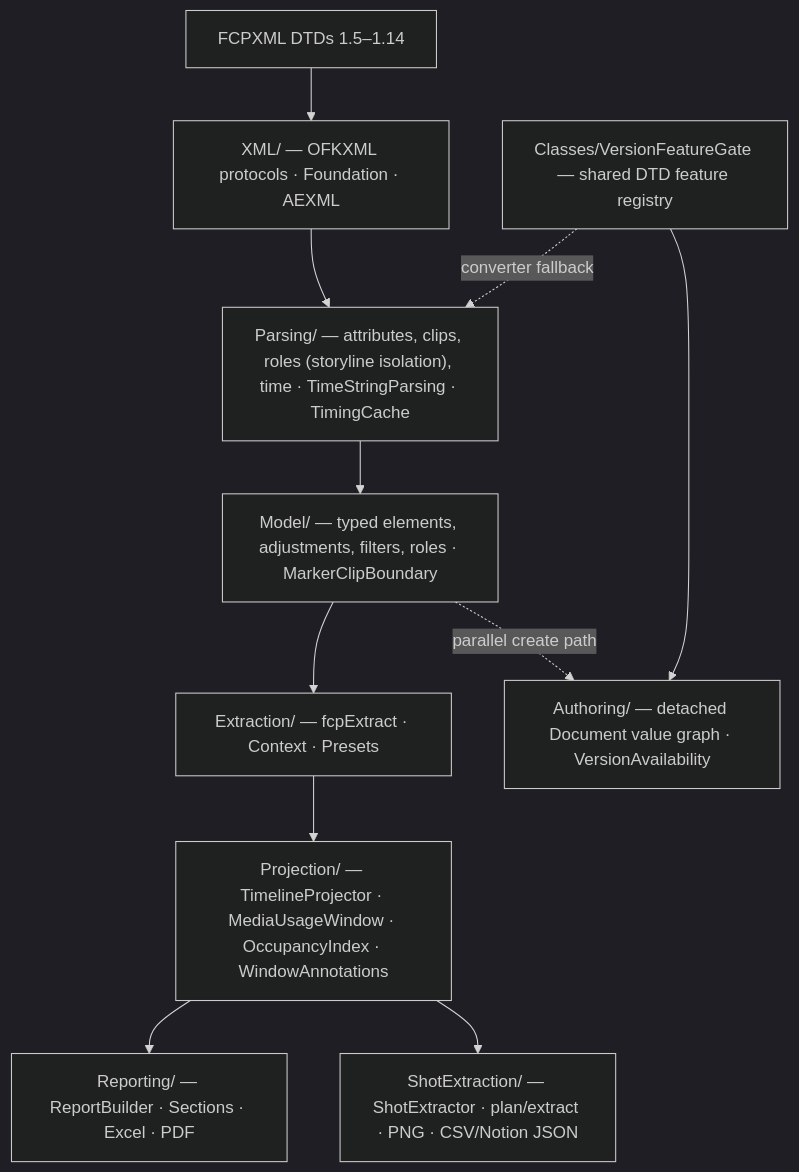
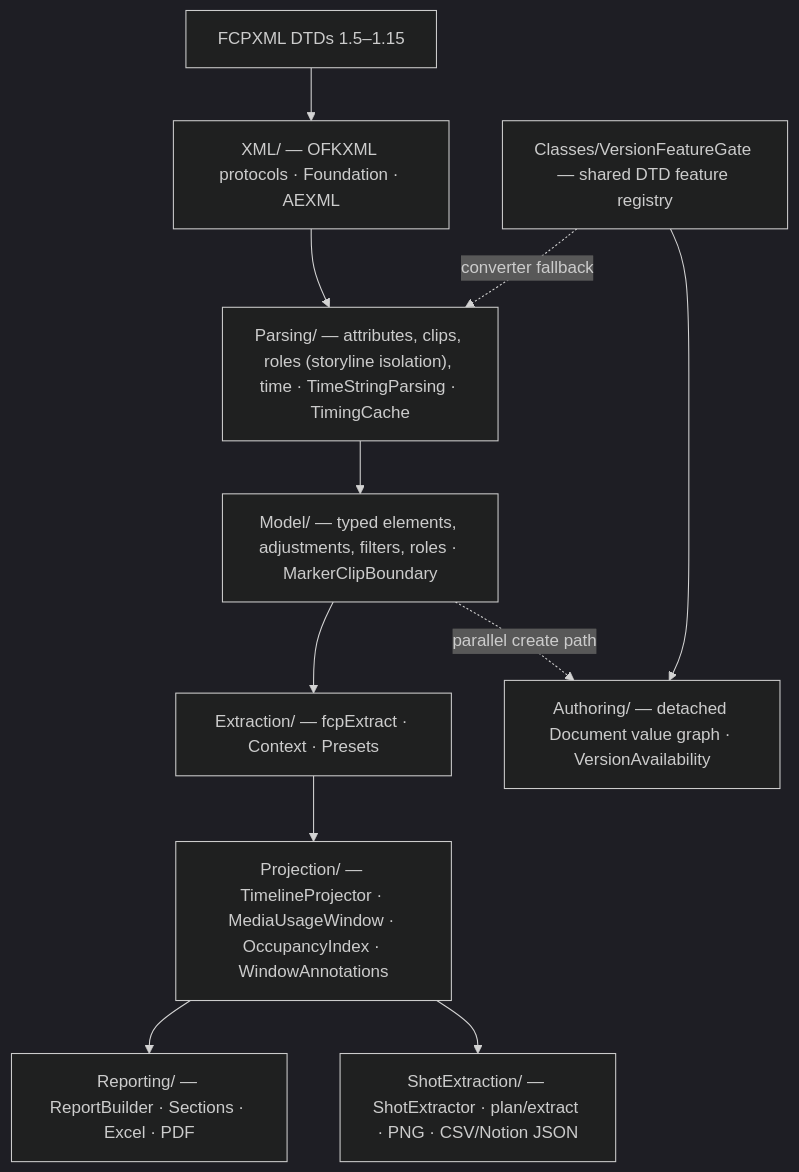
The third of 6 diagrams in ARCHITECTURE.md (TheAcharya/OpenFCPXMLKit), drawn with Mermaid (dark theme) before and after one commit. The commit also changed other lines of this file and 74 other files, not shown here.

````diff
--- a/ARCHITECTURE.md
+++ b/ARCHITECTURE.md
@@ -311,20 +311,20 @@
 ```mermaid
 flowchart TB
-    DTD["FCPXML DTDs 1.5–1.14"]
+    DTD["FCPXML DTDs 1.5–1.15"]
     XML["XML/ — OFKXML protocols · Foundation · AEXML"]
     PRS["Parsing/ — attributes, clips, roles (storyline isolation), time · TimeStringParsing · TimingCache"]
     MDL["Model/ — typed elements, adjustments, filters, roles · MarkerClipBoundary"]
     EXT["Extraction/ — fcpExtract · Context · Presets"]
     PRJ["Projection/ — TimelineProjector · MediaUsageWindow · OccupancyIndex · WindowAnnotations"]
     REP["Reporting/ — ReportBuilder · Sections · Excel · PDF"]
     SHOT["ShotExtraction/ — ShotExtractor · plan/extract · PNG · CSV/Notion JSON"]
 
     DTD --> XML --> PRS --> MDL --> EXT --> PRJ --> REP
     PRJ --> SHOT
 
     AUTH["Authoring/ — detached Document value graph · VersionAvailability"]
     GATE["Classes/VersionFeatureGate — shared DTD feature registry"]
     MDL -.->|"parallel create path"| AUTH
     GATE --> AUTH
     GATE -.->|"converter fallback"| PRS
 ```
````
